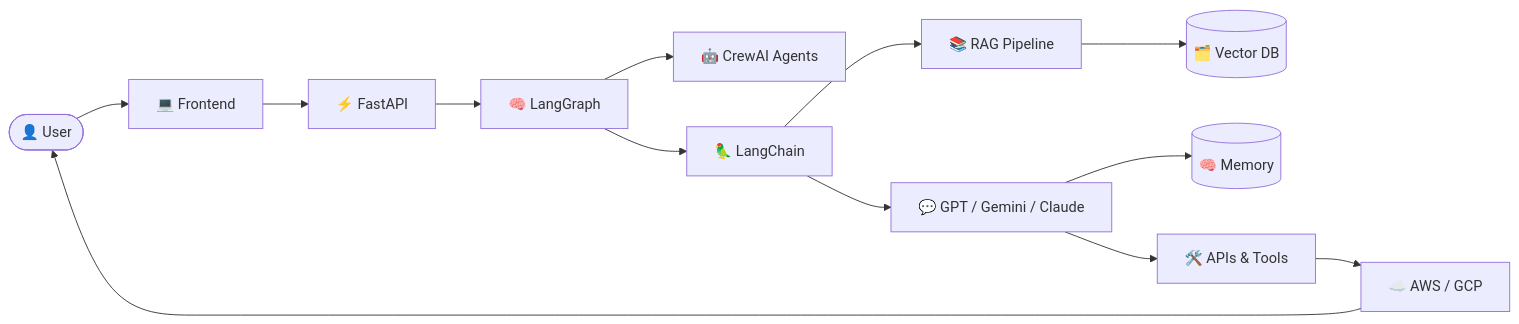
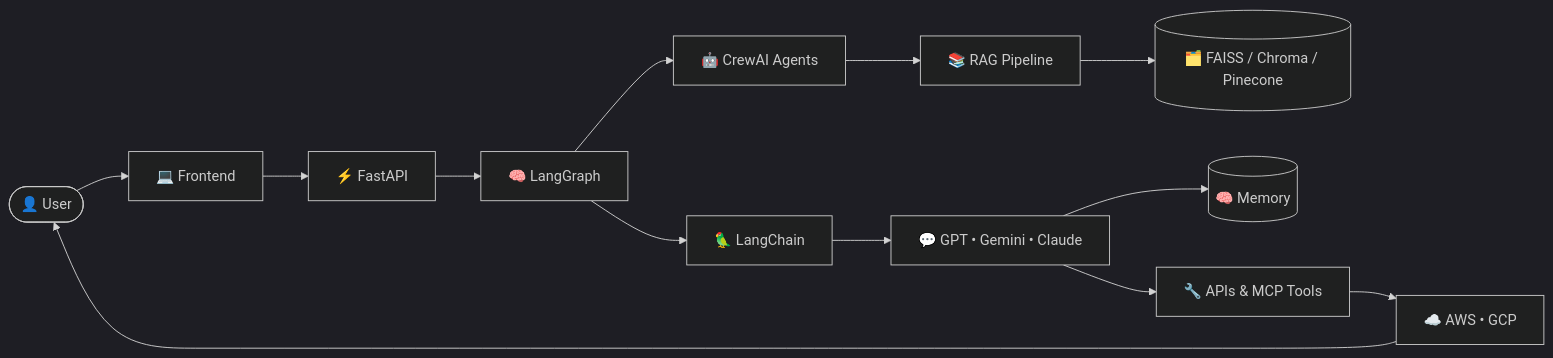
The diagram in README.md (sksonu0600/sksonu0600), drawn with Mermaid before and after one commit. The commit also changed other lines of this file, not shown here.

````diff
--- a/README.md
+++ b/README.md
@@ -123,28 +132,32 @@
 ```mermaid
+---
+config:
+  theme: dark
+---
 flowchart LR
     User([👤 User])
     UI[💻 Frontend]
     API[⚡ FastAPI]
-    Router[🧠 LangGraph]
-    Agent1[🤖 CrewAI Agents]
-    Agent2[🦜 LangChain]
+    LG[🧠 LangGraph]
+    Crew[🤖 CrewAI Agents]
+    LC[🦜 LangChain]
     RAG[📚 RAG Pipeline]
-    Vector[(🗂️ Vector DB)]
-    LLM[💬 GPT / Gemini / Claude]
+    Vector[(🗂️ FAISS / Chroma / Pinecone)]
+    LLM[💬 GPT • Gemini • Claude]
     Memory[(🧠 Memory)]
-    Tools[🛠️ APIs & Tools]
-    Cloud[☁️ AWS / GCP]
+    Tools[🔧 APIs & MCP Tools]
+    Cloud[☁️ AWS • GCP]
 
     User --> UI
     UI --> API
-    API --> Router
-    Router --> Agent1
-    Router --> Agent2
-    Agent2 --> RAG
+    API --> LG
+    LG --> Crew
+    LG --> LC
+    Crew --> RAG
+    LC --> LLM
     RAG --> Vector
-    Agent2 --> LLM
     LLM --> Memory
     LLM --> Tools
     Tools --> Cloud
     Cloud --> User
 ```
````
